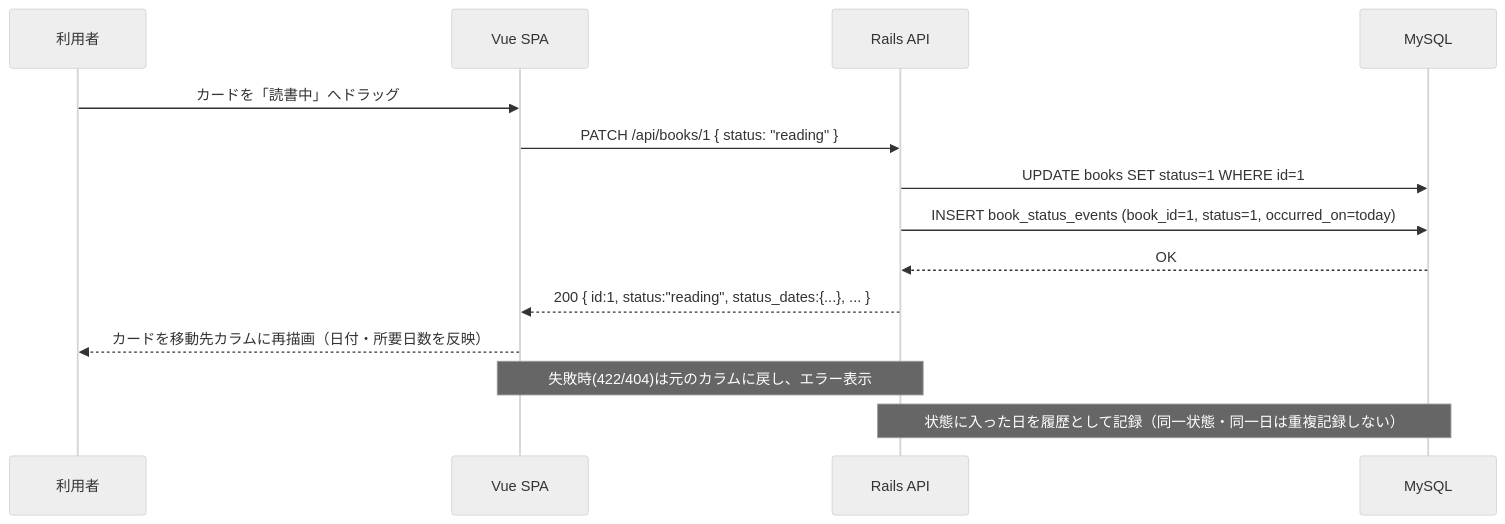
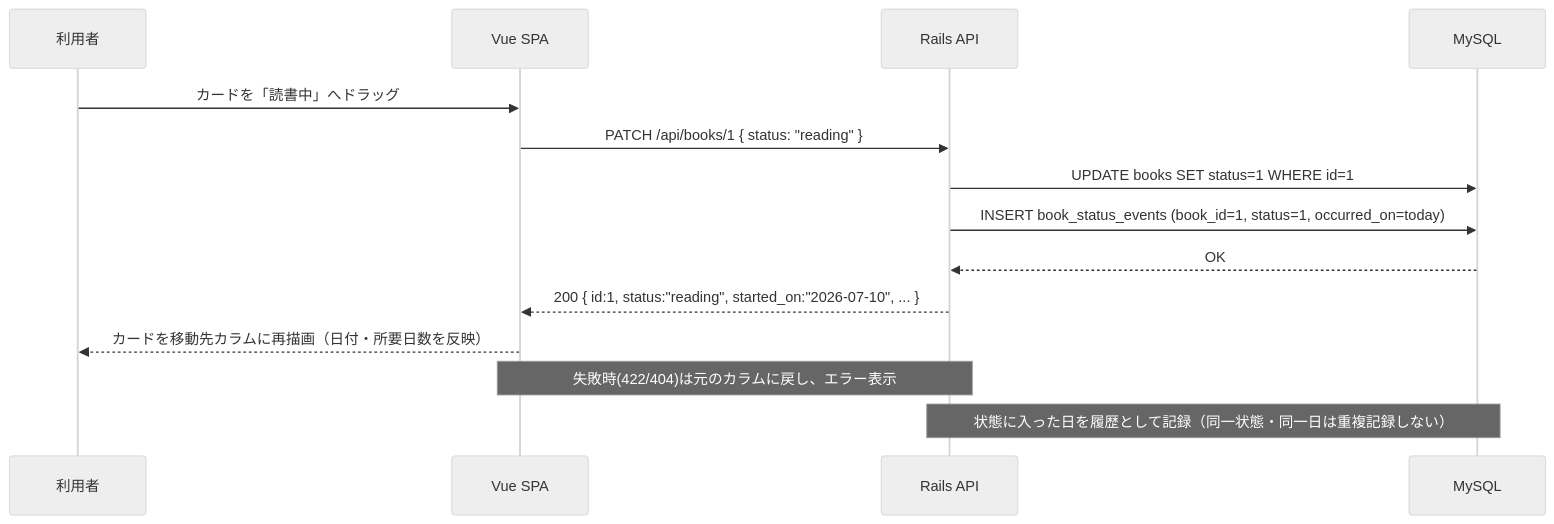
Before and after one commit to adamaru-code/reading-board: the sixth of 7 diagrams in docs/basic-design.md, drawn with Mermaid (neutral theme). The commit also changed other lines of this file and 7 other files, not shown here.

````diff
--- a/docs/basic-design.md
+++ b/docs/basic-design.md
@@ -166,16 +179,16 @@
 ```mermaid
 sequenceDiagram
     participant U as 利用者
     participant V as Vue SPA
     participant R as Rails API
     participant D as MySQL
     U->>V: カードを「読書中」へドラッグ
     V->>R: PATCH /api/books/1 { status: "reading" }
     R->>D: UPDATE books SET status=1 WHERE id=1
     R->>D: INSERT book_status_events (book_id=1, status=1, occurred_on=today)
     D-->>R: OK
-    R-->>V: 200 { id:1, status:"reading", status_dates:{...}, ... }
+    R-->>V: 200 { id:1, status:"reading", started_on:"2026-07-10", ... }
     V-->>U: カードを移動先カラムに再描画（日付・所要日数を反映）
     Note over V,R: 失敗時(422/404)は元のカラムに戻し、エラー表示
     Note over R,D: 状態に入った日を履歴として記録（同一状態・同一日は重複記録しない）
 ```
````
